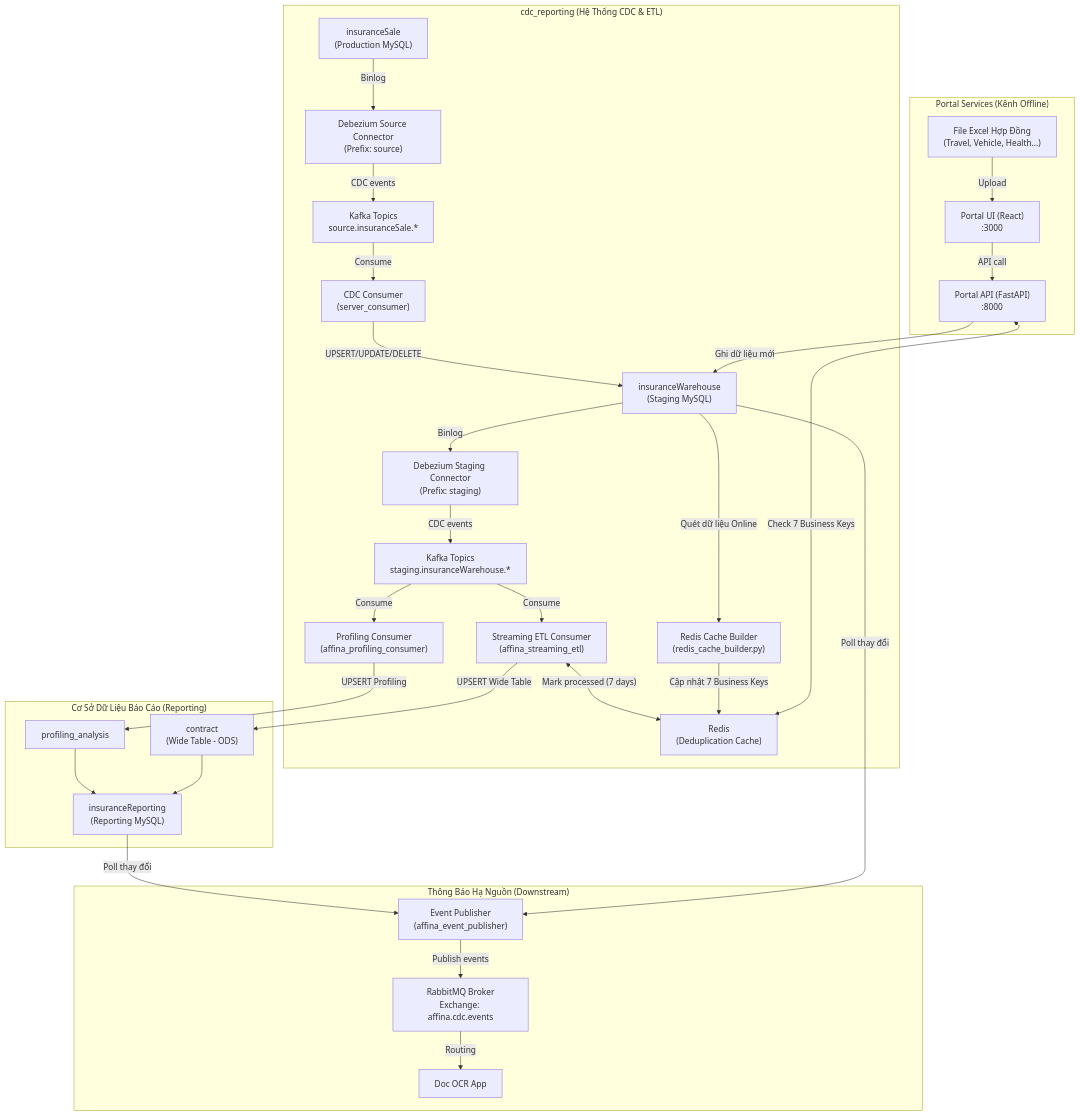
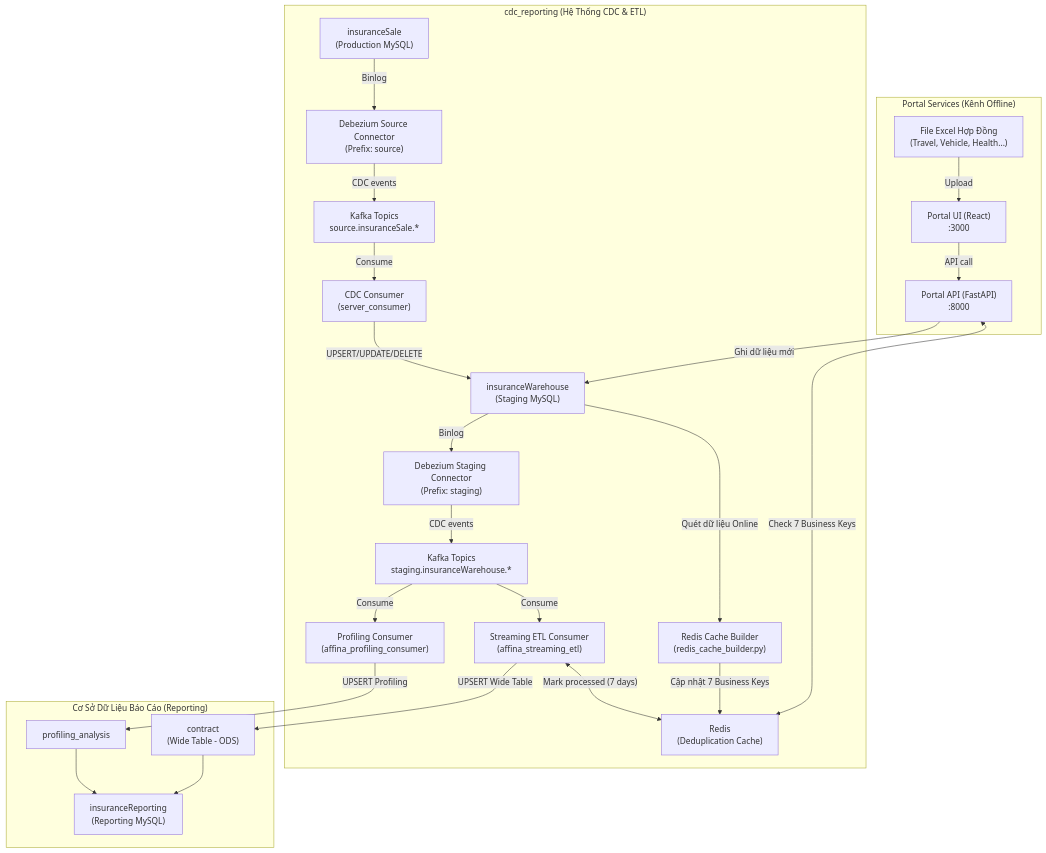
The diagram in docs/SYSTEM_WORKFLOW.md (phatle224/hybrid-data-ingestion-streaming-platform), drawn with Mermaid before and after one commit. The commit also changed other lines of this file and 54 other files, not shown here.

````diff
--- a/docs/SYSTEM_WORKFLOW.md
+++ b/docs/SYSTEM_WORKFLOW.md
@@ -13,72 +13,62 @@
 ```mermaid
 graph TB
     subgraph "Portal Services (Kênh Offline)"
         EXCEL["File Excel Hợp Đồng<br/>(Travel, Vehicle, Health...)"]
         PORTAL_FE["Portal UI (React)<br/>:3000"]
         PORTAL_BE["Portal API (FastAPI)<br/>:8000"]
     end
 
     subgraph "cdc_reporting (Hệ Thống CDC & ETL)"
         SRC_DB["insuranceSale<br/>(Production MySQL)"]
         DBZ1["Debezium Source Connector<br/>(Prefix: source)"]
         KAFKA1["Kafka Topics<br/>source.insuranceSale.*"]
         CDC_CONSUMER["CDC Consumer<br/>(server_consumer)"]
         
         STG_DB["insuranceWarehouse<br/>(Staging MySQL)"]
         
         DBZ2["Debezium Staging Connector<br/>(Prefix: staging)"]
         KAFKA2["Kafka Topics<br/>staging.insuranceWarehouse.*"]
         
         REDIS["Redis<br/>(Deduplication Cache)"]
         REDIS_BUILDER["Redis Cache Builder<br/>(redis_cache_builder.py)"]
         
         ETL_CONSUMER["Streaming ETL Consumer<br/>(affina_streaming_etl)"]
         PROF_CONSUMER["Profiling Consumer<br/>(affina_profiling_consumer)"]
     end
 
     subgraph "Cơ Sở Dữ Liệu Báo Cáo (Reporting)"
         RPT_DB["insuranceReporting<br/>(Reporting MySQL)"]
         RPT_CONTRACT["contract<br/>(Wide Table - ODS)"]
         RPT_PROFILING["profiling_analysis"]
     end
 
-    subgraph "Thông Báo Hạ Nguồn (Downstream)"
-        EVT_PUB["Event Publisher<br/>(affina_event_publisher)"]
-        RMQ["RabbitMQ Broker<br/>Exchange: affina.cdc.events"]
-        DOC_OCR["Doc OCR App"]
-    end
-
     %% Luồng Offline Excel
     EXCEL -->|"Upload"| PORTAL_FE
     PORTAL_FE -->|"API call"| PORTAL_BE
     PORTAL_BE <-->|"Check 7 Business Keys"| REDIS
     PORTAL_BE -->|"Ghi dữ liệu mới"| STG_DB
     
     %% Luồng CDC Layer 1 (Source -> Staging)
     SRC_DB -->|"Binlog"| DBZ1
     DBZ1 -->|"CDC events"| KAFKA1
     KAFKA1 -->|"Consume"| CDC_CONSUMER
     CDC_CONSUMER -->|"UPSERT/UPDATE/DELETE"| STG_DB
 
     %% Xây dựng Cache chống trùng
     STG_DB -->|"Quét dữ liệu Online"| REDIS_BUILDER
     REDIS_BUILDER -->|"Cập nhật 7 Business Keys"| REDIS
 
     %% Luồng CDC Layer 2 (Staging -> Reporting)
     STG_DB -->|"Binlog"| DBZ2
     DBZ2 -->|"CDC events"| KAFKA2
     KAFKA2 -->|"Consume"| ETL_CONSUMER
     KAFKA2 -->|"Consume"| PROF_CONSUMER
     
     ETL_CONSUMER <-->|"Mark processed (7 days)"| REDIS
     ETL_CONSUMER -->|"UPSERT Wide Table"| RPT_CONTRACT
     PROF_CONSUMER -->|"UPSERT Profiling"| RPT_PROFILING
     
     RPT_CONTRACT --> RPT_DB
     RPT_PROFILING --> RPT_DB
 
-    %% Luồng Event Publisher
-    STG_DB & RPT_DB -->|"Poll thay đổi"| EVT_PUB
-    EVT_PUB -->|"Publish events"| RMQ
-    RMQ -->|"Routing"| DOC_OCR
 ```
````
